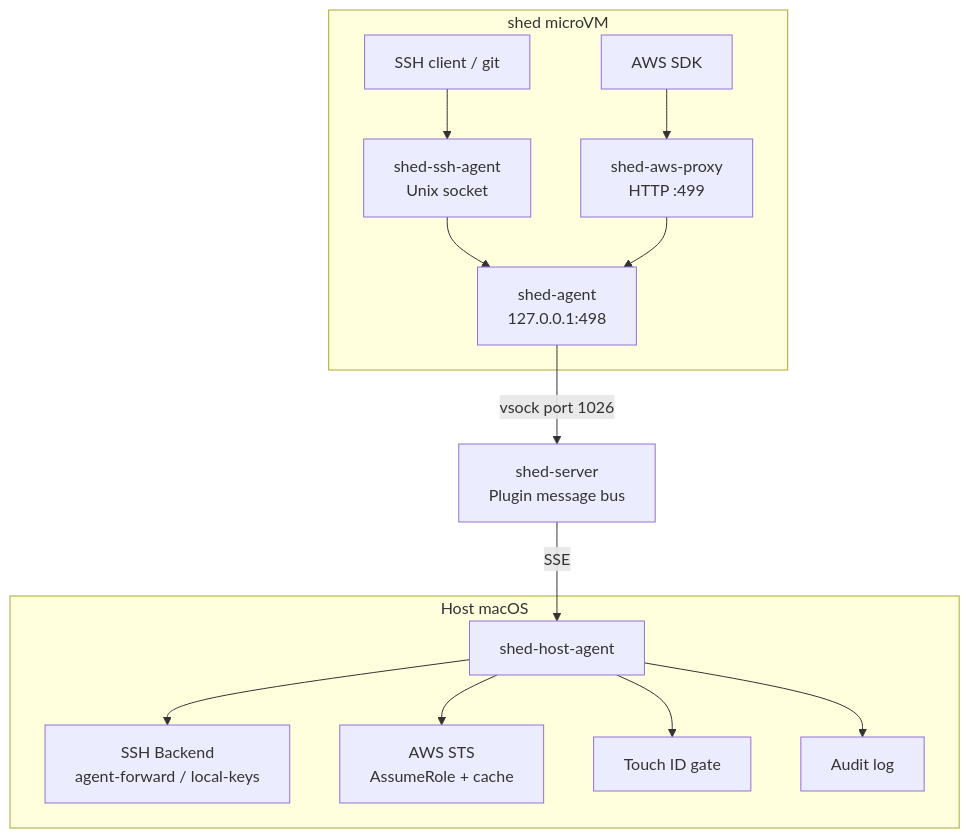
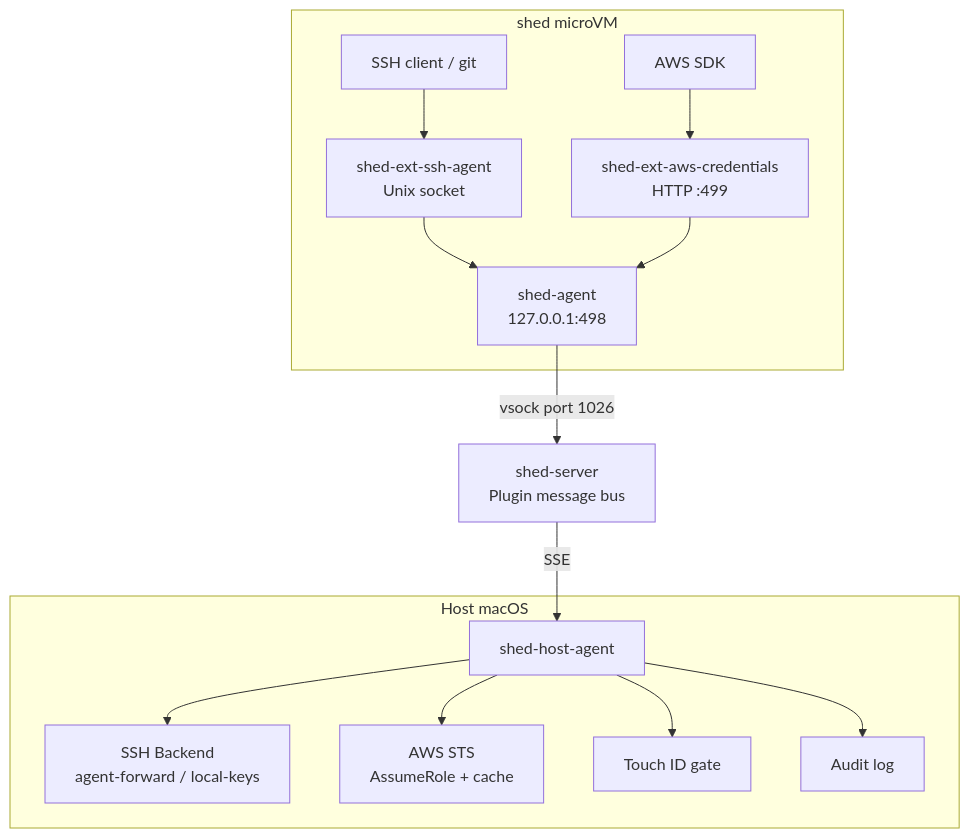
Before and after one commit to charliek/shed-extensions: the first of 3 diagrams in docs/development/architecture.md, drawn with Mermaid. The commit also changed other lines of this file and 32 other files, not shown here.

First line of the commit message:
Use shed SDK, rename binaries to shed-ext-* convention (#5)

````diff
--- a/docs/development/architecture.md
+++ b/docs/development/architecture.md
@@ -5,17 +5,17 @@
 ```mermaid
 graph TB
     subgraph "shed microVM"
-        SSH[SSH client / git] --> SSA[shed-ssh-agent<br/>Unix socket]
-        AWS[AWS SDK] --> AWP[shed-aws-proxy<br/>HTTP :499]
+        SSH[SSH client / git] --> SSA[shed-ext-ssh-agent<br/>Unix socket]
+        AWS[AWS SDK] --> AWP[shed-ext-aws-credentials<br/>HTTP :499]
         SSA --> BUS[shed-agent<br/>127.0.0.1:498]
         AWP --> BUS
     end
     BUS -->|vsock port 1026| SRV[shed-server<br/>Plugin message bus]
     SRV -->|SSE| HA[shed-host-agent]
     subgraph "Host macOS"
         HA --> BE[SSH Backend<br/>agent-forward / local-keys]
         HA --> STS[AWS STS<br/>AssumeRole + cache]
         HA --> TID[Touch ID gate]
         HA --> AL[Audit log]
     end
 ```
````
